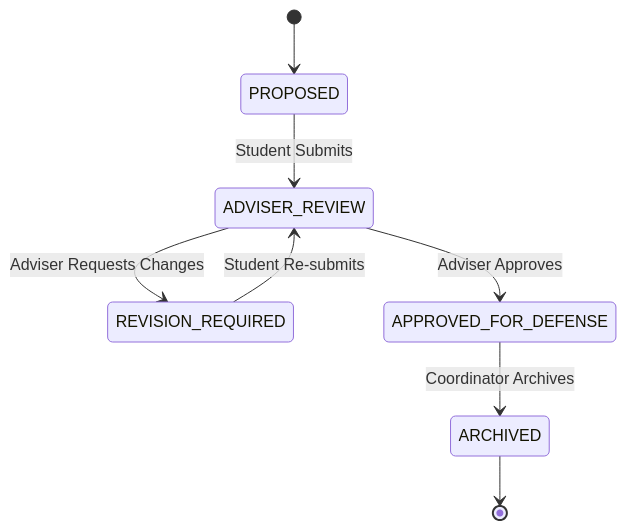
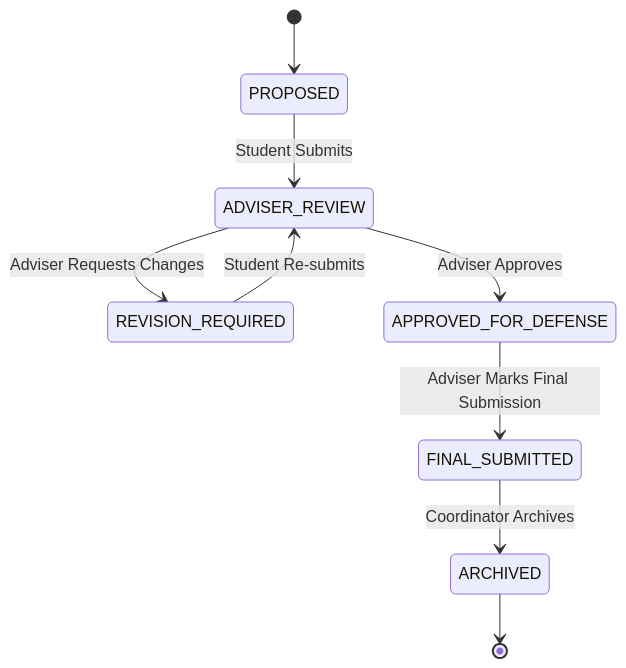
One commit to Patrickjoshanedez/Capstone-management-system changed the diagram in docs/01-workflow-diagrams.md. Above: the diagram before and after it, drawn with Mermaid. The commit also changed other lines of this file and 21 other files, not shown here.

````diff
--- a/docs/01-workflow-diagrams.md
+++ b/docs/01-workflow-diagrams.md
@@ -16,10 +17,11 @@
 ```mermaid
 stateDiagram-v2
     [*] --> PROPOSED
     PROPOSED --> ADVISER_REVIEW: Student Submits
     ADVISER_REVIEW --> REVISION_REQUIRED: Adviser Requests Changes
     REVISION_REQUIRED --> ADVISER_REVIEW: Student Re-submits
     ADVISER_REVIEW --> APPROVED_FOR_DEFENSE: Adviser Approves
-    APPROVED_FOR_DEFENSE --> ARCHIVED: Coordinator Archives
+    APPROVED_FOR_DEFENSE --> FINAL_SUBMITTED: Adviser Marks Final Submission
+    FINAL_SUBMITTED --> ARCHIVED: Coordinator Archives
     ARCHIVED --> [*]
 ```
````
